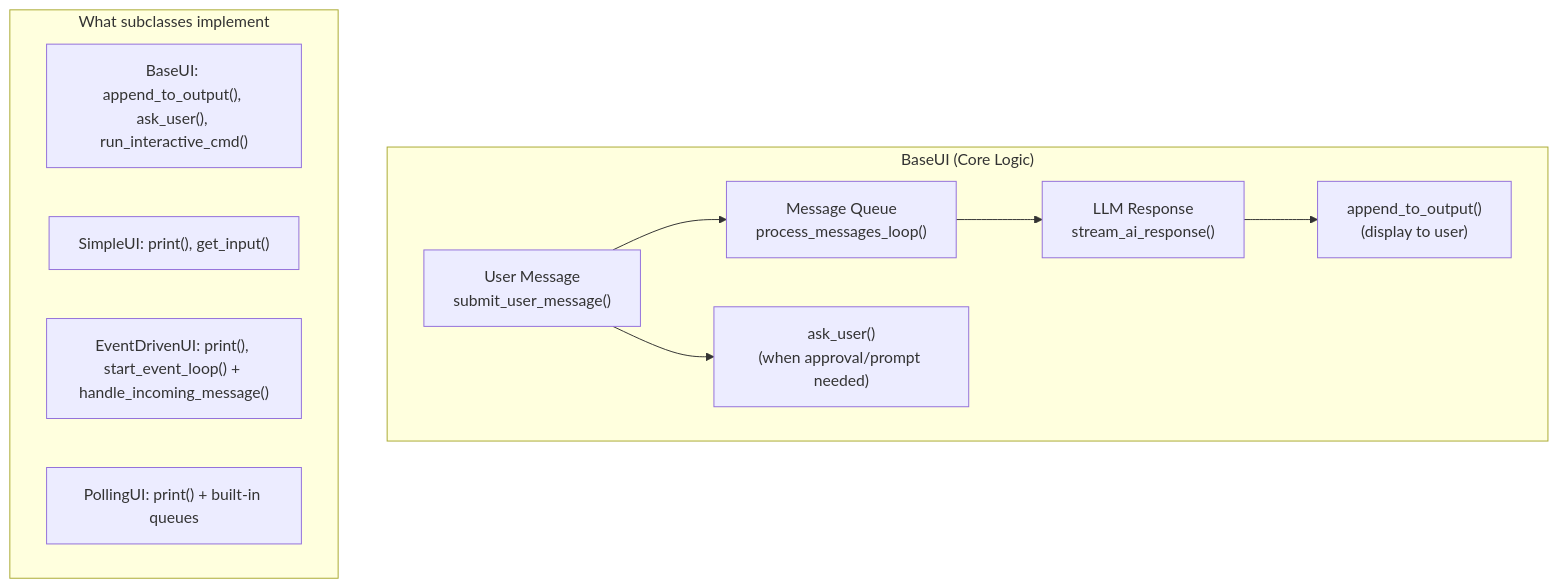
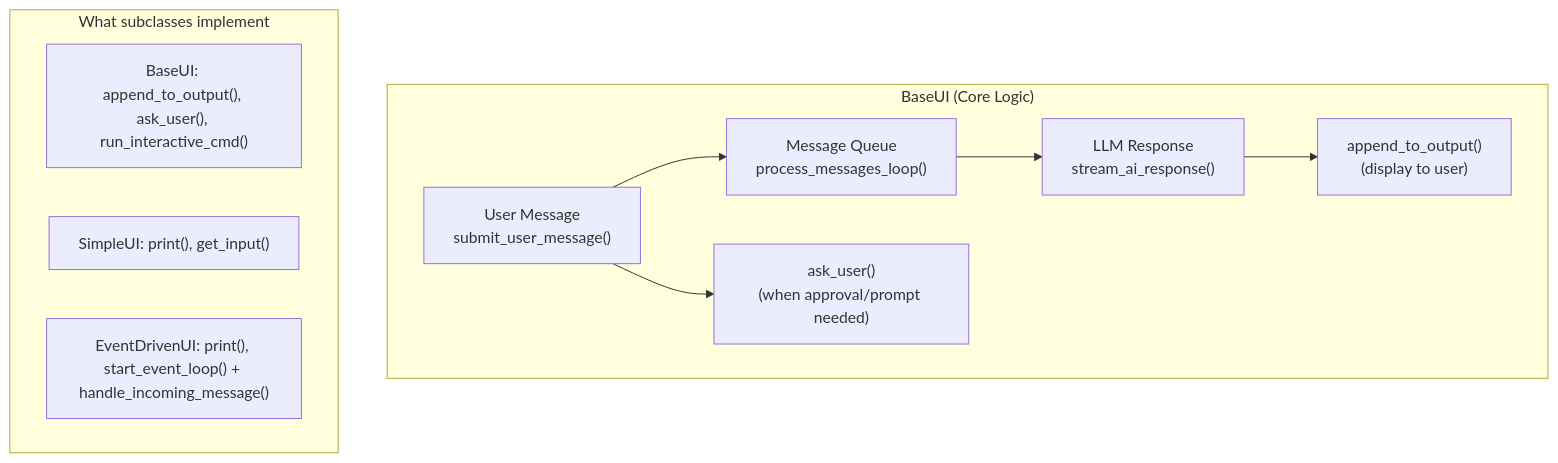
Before and after one commit to state-alchemists/zrb: the first of 4 diagrams in docs/llm/llm-custom-ui.md, drawn with Mermaid. The commit also changed other lines of this file and 12 other files, not shown here.

````diff
--- a/docs/llm/llm-custom-ui.md
+++ b/docs/llm/llm-custom-ui.md
@@ -38,20 +37,19 @@
 ```mermaid
 flowchart TB
     subgraph BaseUI["BaseUI (Core Logic)"]
         UserMsg["User Message\nsubmit_user_message()"]
         MsgQueue["Message Queue\nprocess_messages_loop()"]
         LLMResp["LLM Response\nstream_ai_response()"]
         Output["append_to_output()\n(display to user)"]
         AskUser["ask_user()\n(when approval/prompt needed)"]
 
         UserMsg --> MsgQueue --> LLMResp --> Output
         UserMsg --> AskUser
     end
 
     subgraph Implement["What subclasses implement"]
         BaseImpl["BaseUI: append_to_output(), ask_user(), run_interactive_cmd()"]
         SimpleImpl["SimpleUI: print(), get_input()"]
         EventImpl["EventDrivenUI: print(), start_event_loop() + handle_incoming_message()"]
-        PollImpl["PollingUI: print() + built-in queues"]
     end
 ```
````
